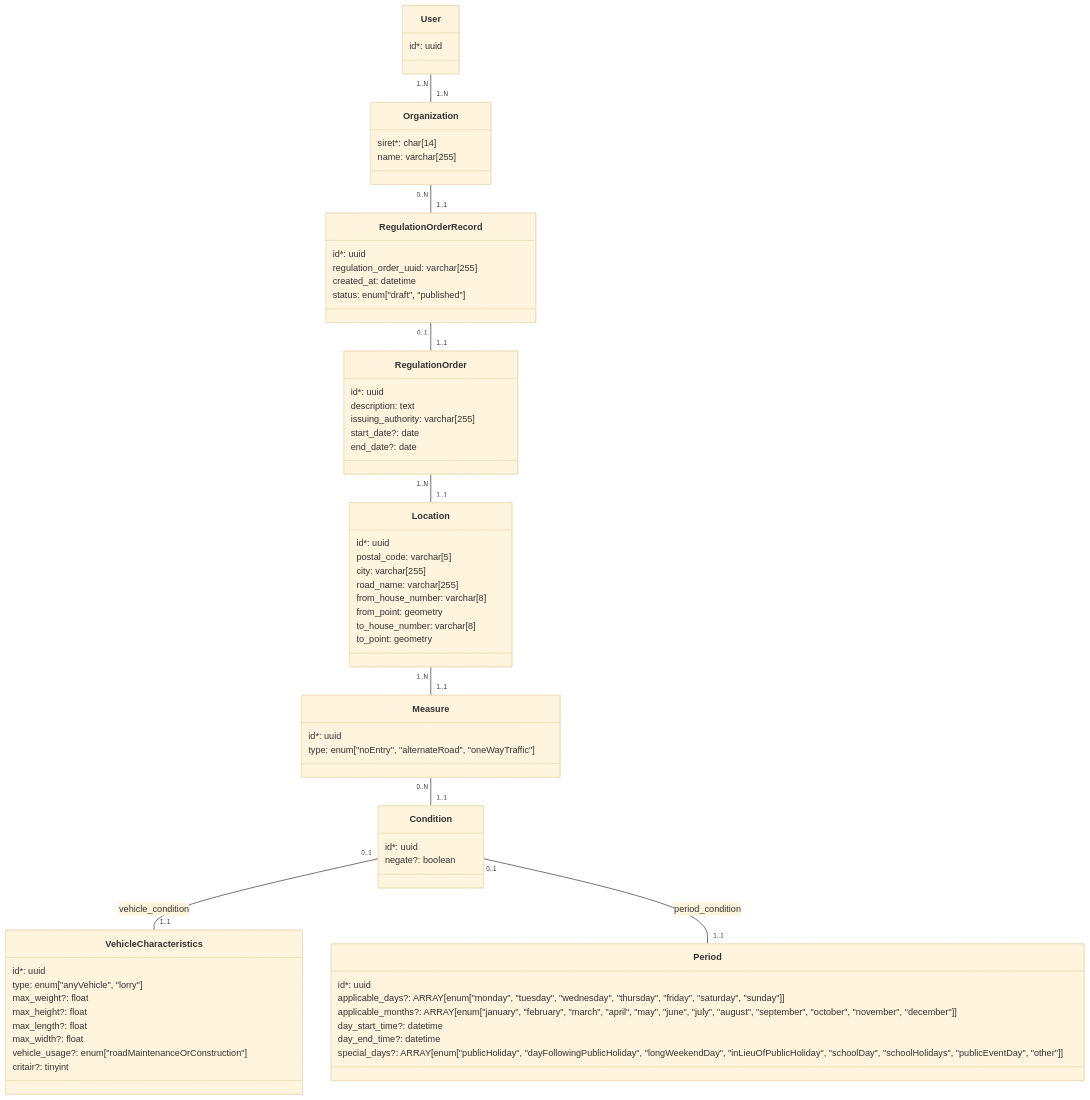
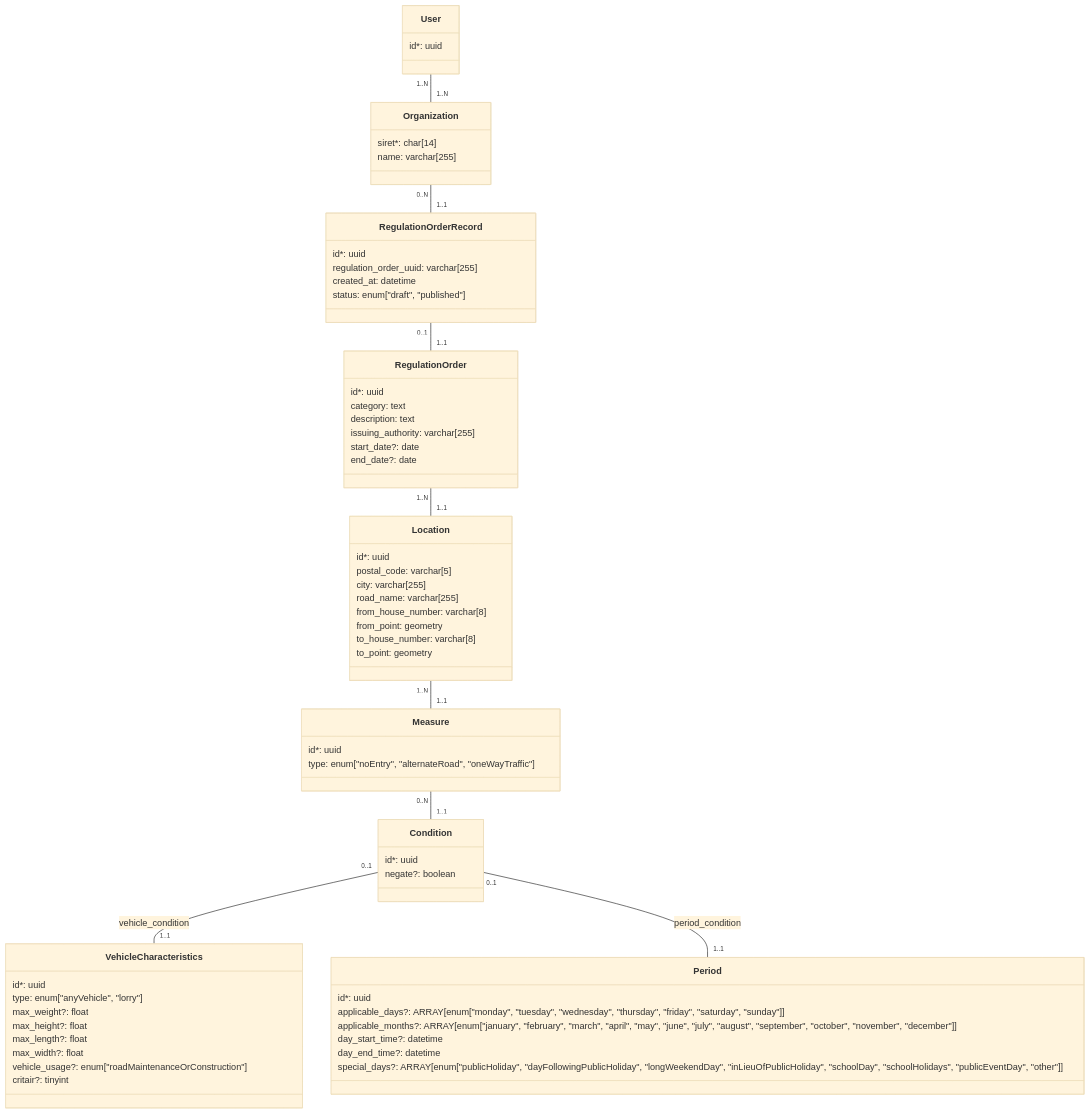
The diagram in docs/adr/002_mcd.md (MTES-MCT/dialog), drawn with Mermaid (base theme) before and after one commit. The commit also changed 11 other files, not shown here.

````diff
--- a/docs/adr/002_mcd.md
+++ b/docs/adr/002_mcd.md
@@ -19,78 +19,79 @@
 ```mermaid
 classDiagram
 direction TB
 
 class User {
     id*: uuid
 }
 
 class Organization {
     siret*: char[14]
     name: varchar[255]
 }
 
 class RegulationOrderRecord {
     id*: uuid
     regulation_order_uuid: varchar[255]
     created_at: datetime
     status: enum["draft", "published"]
 }
 
 class RegulationOrder {
     id*: uuid
+    category: text
     description: text
     issuing_authority: varchar[255]
     start_date?: date
     end_date?: date
 }
 
 class Measure {
   id*: uuid
   type: enum["noEntry", "alternateRoad", "oneWayTraffic"]
 }
 
 class VehicleCharacteristics {
     id*: uuid
     type: enum["anyVehicle", "lorry"]
     max_weight?: float
     max_height?: float
     max_length?: float
     max_width?: float
     vehicle_usage?: enum["roadMaintenanceOrConstruction"]
     critair?: tinyint
 }
 
 class Location {
     id*: uuid
     postal_code: varchar[5]
     city: varchar[255]
     road_name: varchar[255]
     from_house_number: varchar[8]
     from_point: geometry
     to_house_number: varchar[8]
     to_point: geometry
 }
 
 class Condition {
     id*: uuid
     negate?: boolean
 }
 
 class Period {
     id*: uuid
     applicable_days?: ARRAY[enum["monday", "tuesday", "wednesday", "thursday", "friday", "saturday", "sunday"]]
     applicable_months?: ARRAY[enum["january", "february", "march", "april", "may", "june", "july", "august", "september", "october", "november", "december"]]
     day_start_time?: datetime
     day_end_time?: datetime
     special_days?: ARRAY[enum["publicHoliday", "dayFollowingPublicHoliday", "longWeekendDay", "inLieuOfPublicHoliday", "schoolDay", "schoolHolidays", "publicEventDay", "other"]]
 }
 
 User "1..N" -- "1..N" Organization
 Organization "0..N" -- "1..1" RegulationOrderRecord
 RegulationOrderRecord "0..1" -- "1..1" RegulationOrder
 RegulationOrder "1..N" -- "1..1" Location
 Location "1..N" -- "1..1" Measure
 Measure "0..N" -- "1..1" Condition
 Condition "0..1" -- "1..1" VehicleCharacteristics : vehicle_condition
 Condition "0..1" -- "1..1" Period : period_condition
 ```
````
